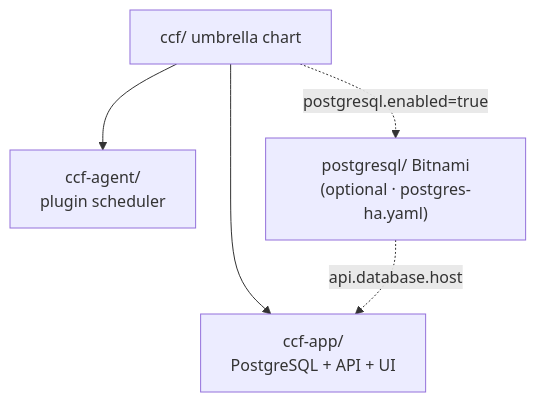
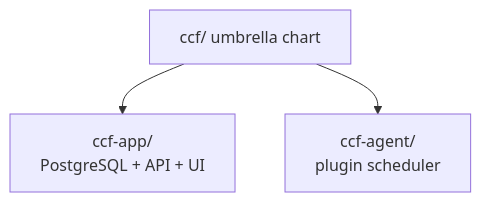
The first of 3 diagrams in docs/helm-configuration.md (erasmo-dominguez-stuff/continuous-compliace-framework-poc), drawn with Mermaid before and after one commit. The commit also changed other lines of this file and 58 other files, not shown here.

````diff
--- a/docs/helm-configuration.md
+++ b/docs/helm-configuration.md
@@ -7,12 +7,9 @@
 ```mermaid
 flowchart TB
     UMB["ccf/ umbrella chart"]
     APP["ccf-app/<br/>PostgreSQL + API + UI"]
     AGT["ccf-agent/<br/>plugin scheduler"]
-    BIT["postgresql/ Bitnami<br/>(optional · postgres-ha.yaml)"]
 
     UMB --> APP
     UMB --> AGT
-    UMB -.->|"postgresql.enabled=true"| BIT
-    BIT -.->|"api.database.host"| APP
 ```
````
